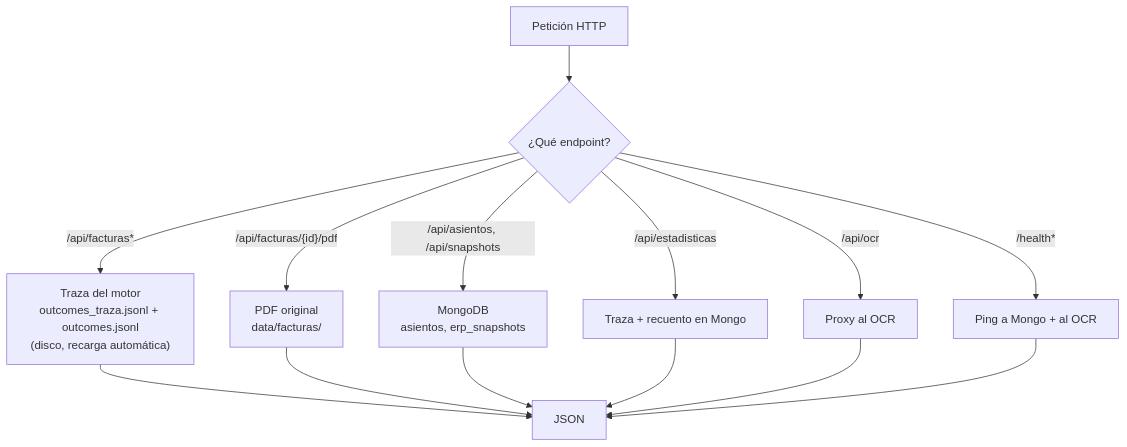
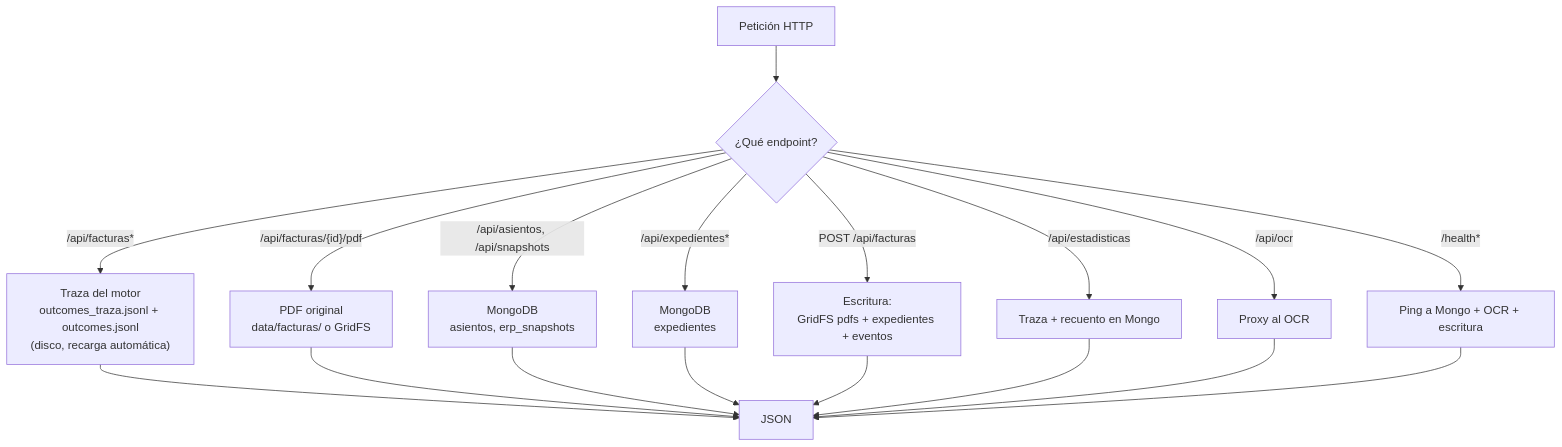
One commit to alexcerezo/maisa changed the second of 7 diagrams in maisa/api/README.md. Above: the diagram before and after it, drawn with Mermaid. The commit also changed other lines of this file and 36 other files, not shown here.

First line of the commit message:
feat: subida de facturas, expedientes y mejora de lectura multilingue

````diff
--- a/maisa/api/README.md
+++ b/maisa/api/README.md
@@ -107,16 +122,20 @@
 ```mermaid
 flowchart TD
     P["Petición HTTP"] --> Q{"¿Qué endpoint?"}
     Q -->|"/api/facturas*"| T["Traza del motor<br/>outcomes_traza.jsonl + outcomes.jsonl<br/>(disco, recarga automática)"]
-    Q -->|"/api/facturas/{id}/pdf"| PDF["PDF original<br/>data/facturas/"]
+    Q -->|"/api/facturas/{id}/pdf"| PDF["PDF original<br/>data/facturas/ o GridFS"]
     Q -->|"/api/asientos, /api/snapshots"| M["MongoDB<br/>asientos, erp_snapshots"]
+    Q -->|"/api/expedientes*"| E["MongoDB<br/>expedientes"]
+    Q -->|"POST /api/facturas"| W["Escritura:<br/>GridFS pdfs + expedientes + eventos"]
     Q -->|"/api/estadisticas"| T2["Traza + recuento en Mongo"]
     Q -->|"/api/ocr"| O["Proxy al OCR"]
-    Q -->|"/health*"| H["Ping a Mongo + al OCR"]
+    Q -->|"/health*"| H["Ping a Mongo + OCR + escritura"]
     T --> R["JSON"]
     PDF --> R
     M --> R
+    E --> R
+    W --> R
     T2 --> R
     O --> R
     H --> R
 ```
````
